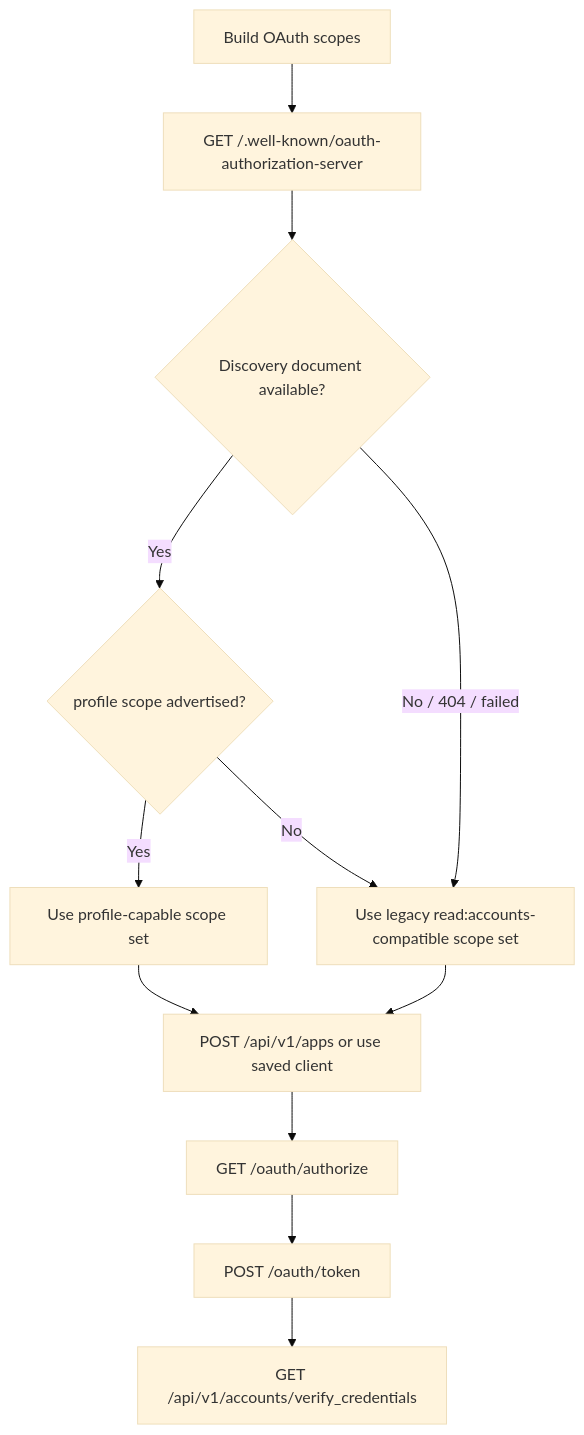
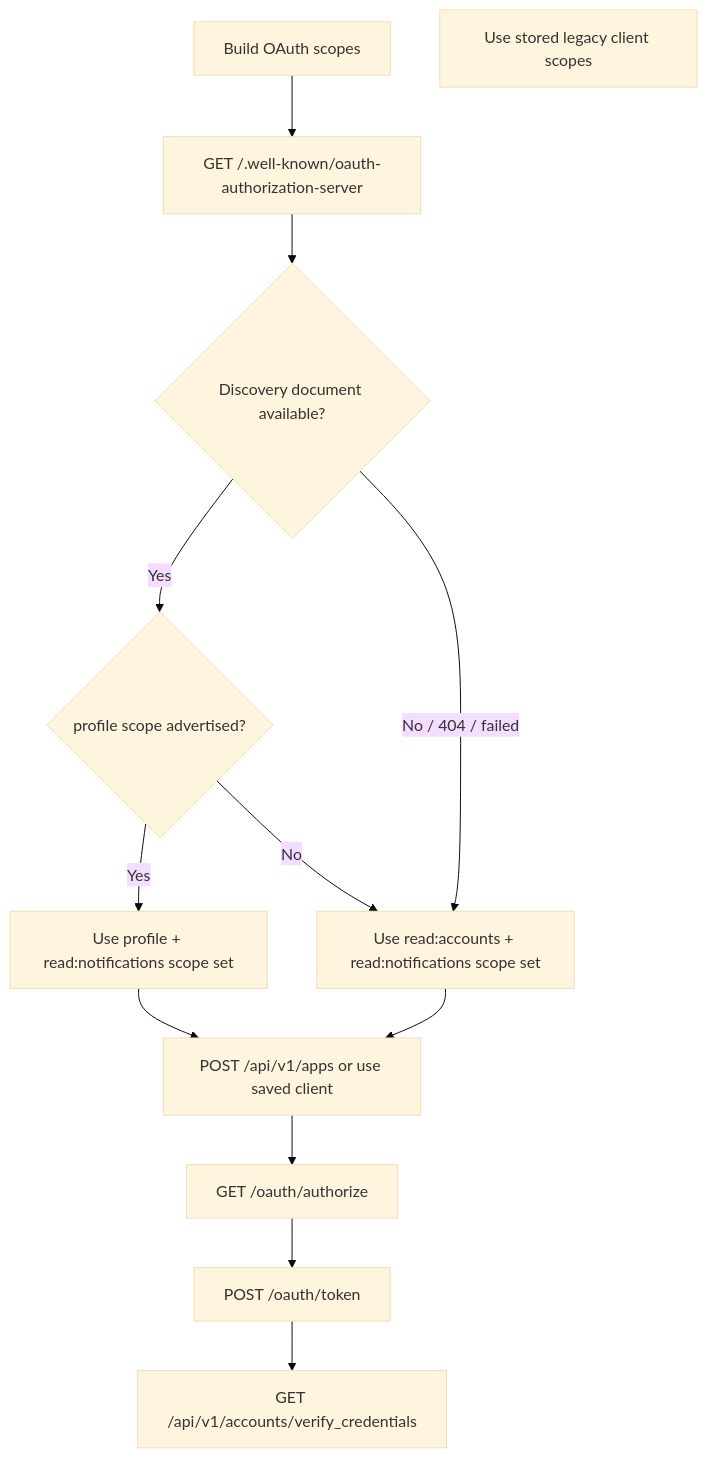
Before and after one commit to flatpressblog/flatpress: diagram 22 of 42 in fp-plugins/mastodon/developer-docs/06-Process-Flow.md, drawn with Mermaid (base theme). The commit also changed other lines of this file and 25 other files, not shown here.

````diff
--- a/fp-plugins/mastodon/developer-docs/06-Process-Flow.md
+++ b/fp-plugins/mastodon/developer-docs/06-Process-Flow.md
@@ -725,20 +770,21 @@
 ```mermaid
 flowchart TD
     Start["Build OAuth scopes"]
     Discovery["GET /.well-known/oauth-authorization-server"]
     DiscoveryOK{"Discovery document available?"}
     ProfileSupported{"profile scope advertised?"}
-    Modern["Use profile-capable scope set"]
-    Legacy["Use legacy read:accounts-compatible scope set"]
+    Modern["Use profile + read:notifications scope set"]
+    Compatible["Use read:accounts + read:notifications scope set"]
+    Legacy["Use stored legacy client scopes"]
     Register["POST /api/v1/apps or use saved client"]
     Authorize["GET /oauth/authorize"]
     Token["POST /oauth/token"]
     Verify["GET /api/v1/accounts/verify_credentials"]
 
     Start --> Discovery --> DiscoveryOK
     DiscoveryOK -- "Yes" --> ProfileSupported
     ProfileSupported -- "Yes" --> Modern --> Register
-    ProfileSupported -- "No" --> Legacy --> Register
-    DiscoveryOK -- "No / 404 / failed" --> Legacy
+    ProfileSupported -- "No" --> Compatible --> Register
+    DiscoveryOK -- "No / 404 / failed" --> Compatible
     Register --> Authorize --> Token --> Verify
 ```
````
